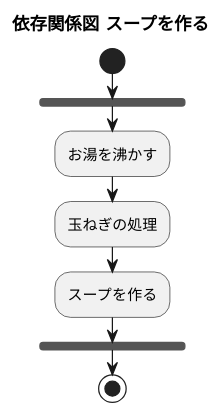
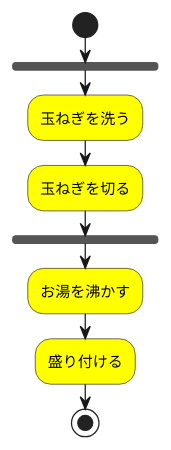
Before and after one commit to kowadatouya/dinner_project: the diagram in 夕食を作る/依存関係図_スープを作る.pu, drawn with PlantUML.

```diff
--- a/夕食を作る/依存関係図_スープを作る.pu
+++ b/夕食を作る/依存関係図_スープを作る.pu
@@ -1,12 +1,10 @@
-@startuml スープを作る
-
-title 依存関係図 スープを作る
+@startuml オニオンスープを作るアクティビティ図
 start
 fork
-    :お湯を沸かす;
-    :玉ねぎの処理;
-    :スープを作る;
+    #Yellow:玉ねぎを洗う;
+    #Yellow:玉ねぎを切る;
 end fork
+    #Yellow:お湯を沸かす;
+    #Yellow:盛り付ける;
 stop
-
 @enduml
```
